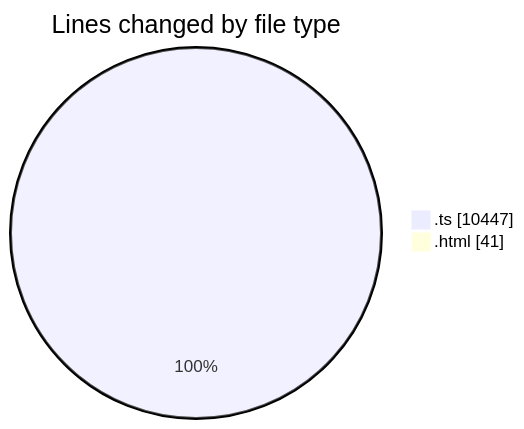
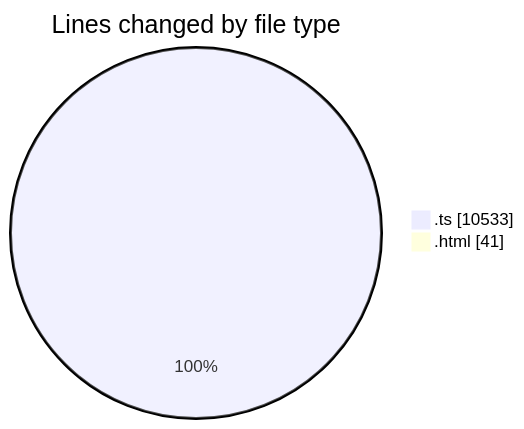
Before and after one commit to tmsrecording-cyber/code-tracking: the first of 2 diagrams in 2026-02-08/singularitybrainai/README.md, drawn with Mermaid. The commit also changed other lines of this file and 1 other file, not shown here.

````diff
--- a/2026-02-08/singularitybrainai/README.md
+++ b/2026-02-08/singularitybrainai/README.md
@@ -36,6 +37,6 @@
 ```mermaid
 pie showData
 title Lines changed by file type
-".ts" : 10447
+".ts" : 10533
 ".html" : 41
 ```
````
